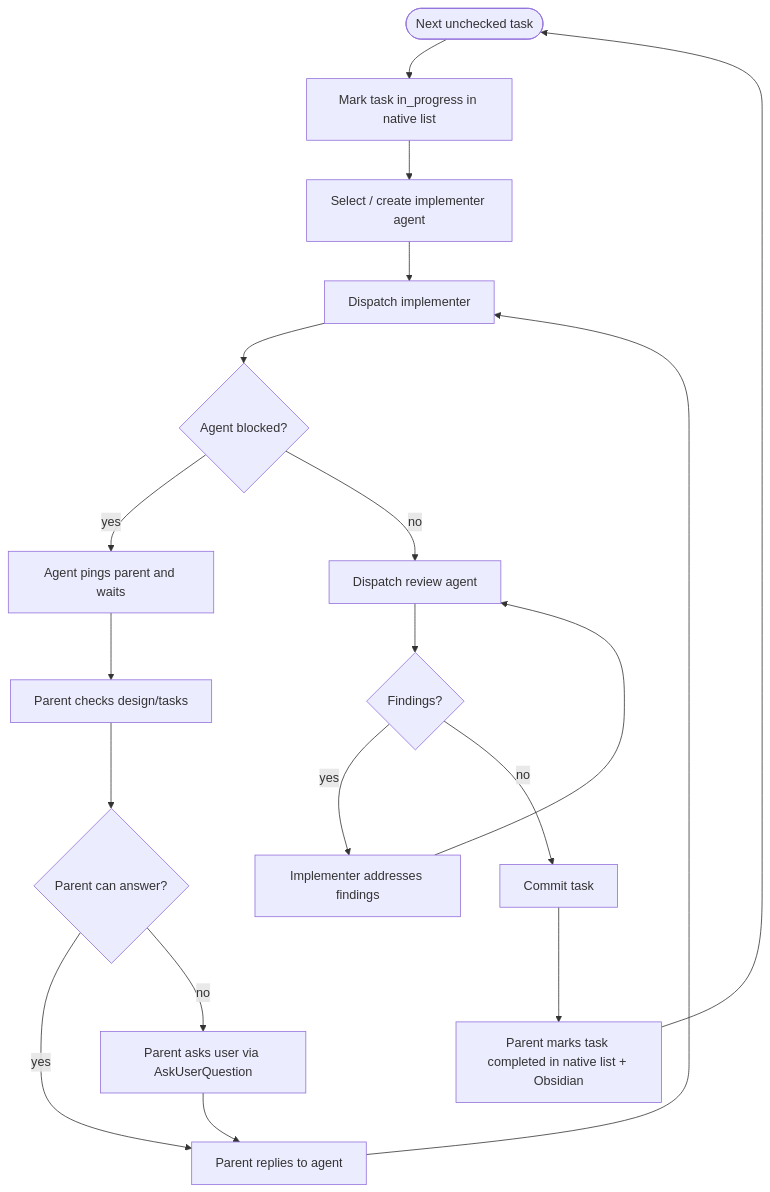
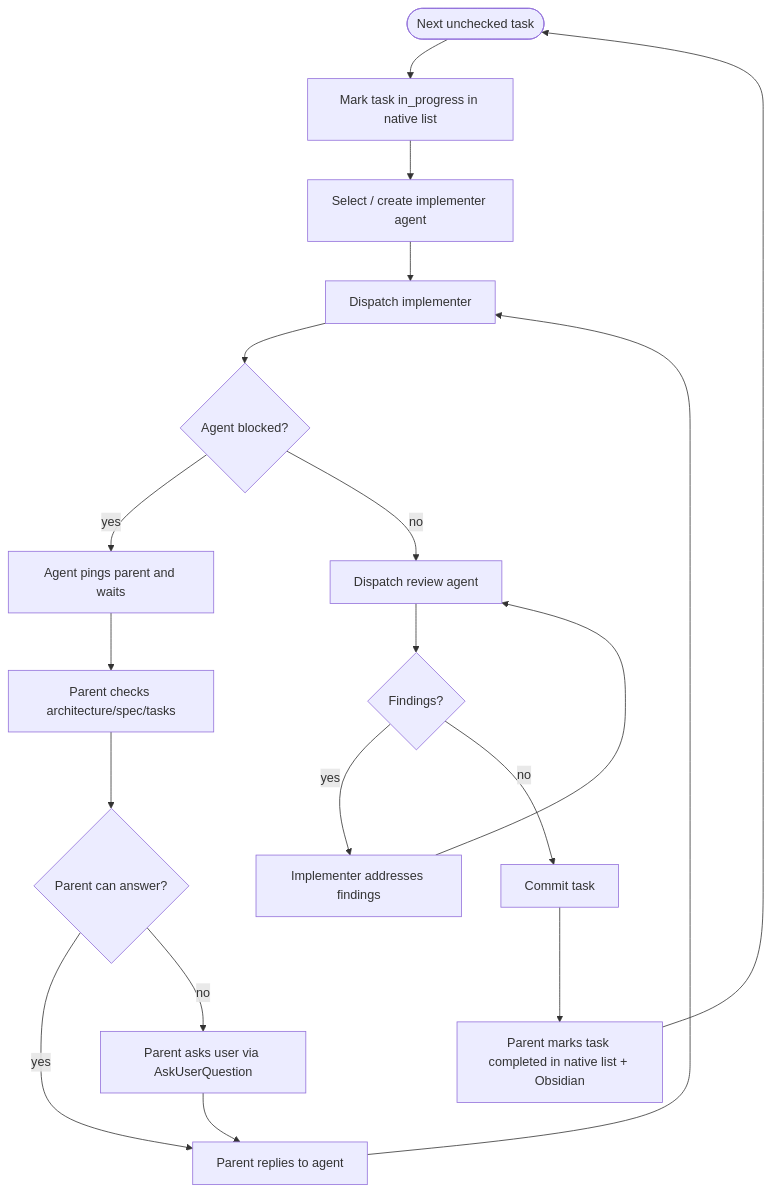
One commit to ycastorium/bionic-castor changed the diagram in skills/implementing-tasks/sequential-subagents-flow.md. Above: the diagram before and after it, drawn with Mermaid. The commit also changed other lines of this file and 10 other files, not shown here.

Commit message:
Added new architect skill

````diff
--- a/skills/implementing-tasks/sequential-subagents-flow.md
+++ b/skills/implementing-tasks/sequential-subagents-flow.md
@@ -20,21 +20,21 @@
 ```mermaid
 flowchart TD
     Pick([Next unchecked task]) --> Prog[Mark task in_progress in native list]
     Prog --> Sel[Select / create implementer agent]
     Sel --> Impl[Dispatch implementer]
     Impl --> Confused{Agent blocked?}
     Confused -->|yes| Ping[Agent pings parent and waits]
-    Ping --> Parent[Parent checks design/tasks]
+    Ping --> Parent[Parent checks architecture/spec/tasks]
     Parent --> Resolvable{Parent can answer?}
     Resolvable -->|yes| Reply[Parent replies to agent]
     Resolvable -->|no| Ask[Parent asks user via AskUserQuestion]
     Ask --> Reply
     Reply --> Impl
     Confused -->|no| Review[Dispatch review agent]
     Review --> Findings{Findings?}
     Findings -->|yes| Fix[Implementer addresses findings]
     Fix --> Review
     Findings -->|no| Commit[Commit task]
     Commit --> Mark[Parent marks task completed in native list + Obsidian]
     Mark --> Pick
 ```
````
